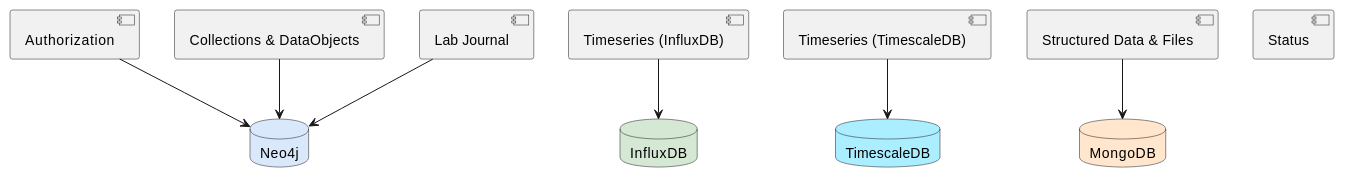
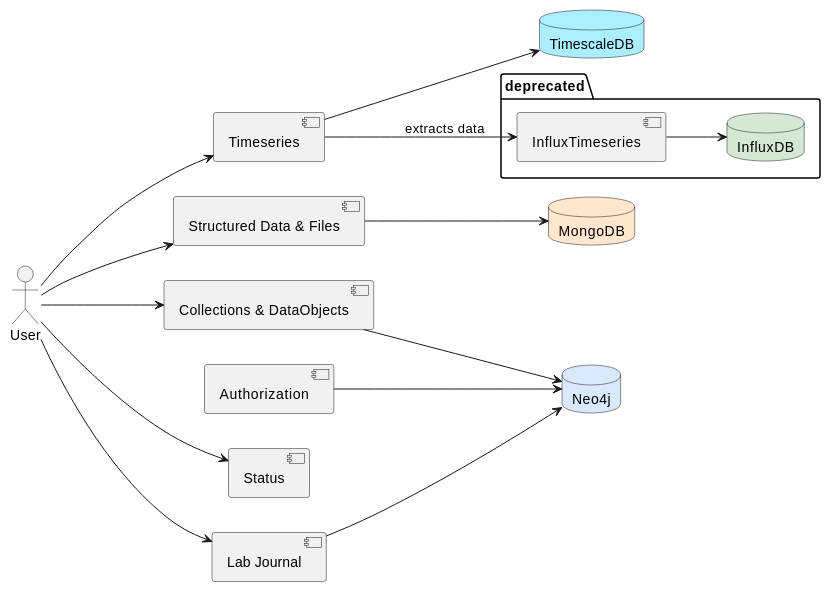
Before and after one commit to noheton/shepard: the second of 4 diagrams in architecture/src/05_building_block_view/index.adoc, drawn with PlantUML. The commit also changed other lines of this file and 51 other files, not shown here.

Commit message:
#356 Use TimescaleDB in Timeseries Endpoints

```diff
--- a/architecture/src/05_building_block_view/index.adoc
+++ b/architecture/src/05_building_block_view/index.adoc
@@ -67,26 +67,40 @@
 [plantuml, "{plantUMLDir}whitebox-backend", png]
 ----
 @startuml Whitebox Backend
+left to right direction
+
+:User: as user
+
+package "deprecated" {
+  [InfluxTimeseries] as influx
+  database "InfluxDB" as influxdb #D5E8D4
+}
 
 [Authorization] as authorization
 [Collections & DataObjects] as collections
-[Timeseries (InfluxDB)] as influx
-[Timeseries (TimescaleDB)] as timeseries
+[Timeseries] as timeseries
 [Structured Data & Files] as files
 [Lab Journal] as labjournal
 [Status] as status
 
 database "Neo4j" as neo4j #DAE8FC
 database "TimescaleDB" as timescaledb #AAEEFF
-database "InfluxDB" as influxdb #D5E8D4
 database "MongoDB" as mongodb #FFE6CC
+
+user ---> collections
+user ---> timeseries
+user ---> files
+user ---> labjournal
+user ---> status
+
+timeseries --> influx: extracts data
 
 authorization --> neo4j
 collections --> neo4j
 labjournal --> neo4j
 influx --> influxdb
 timeseries --> timescaledb
 files --> mongodb
 
 @enduml
 ----
```
